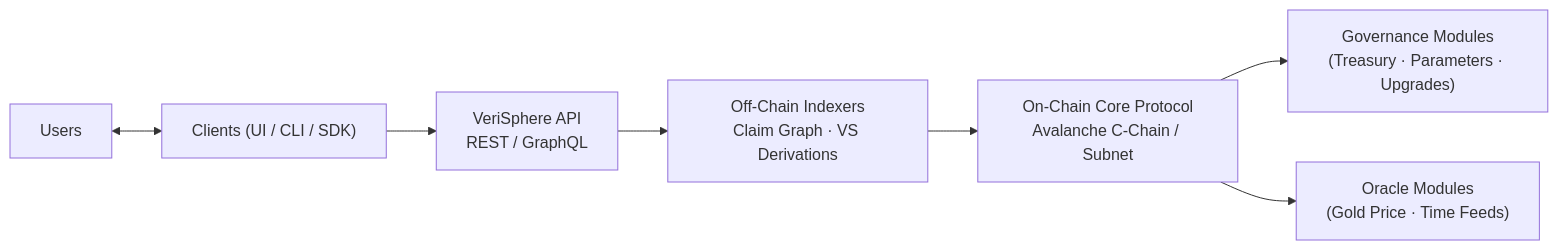
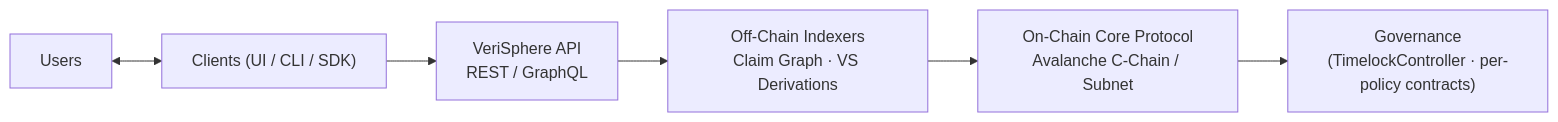
Before and after one commit to VeriSphereVSP/docs: the diagram in architecture.md, drawn with Mermaid. The commit also changed other lines of this file and 5 other files, not shown here.

````diff
--- a/architecture.md
+++ b/architecture.md
@@ -42,10 +42,9 @@
 ```mermaid
 flowchart LR
     U[Users]
     U <--> C["Clients (UI / CLI / SDK)"]
     C --> API["VeriSphere API<br/>REST / GraphQL"]
     API --> IX["Off-Chain Indexers<br/>Claim Graph · VS Derivations"]
     IX --> CH["On-Chain Core Protocol<br/>Avalanche C-Chain / Subnet"]
-    CH --> GOV["Governance Modules<br/>(Treasury · Parameters · Upgrades)"]
-    CH --> OR["Oracle Modules<br/>(Gold Price · Time Feeds)"]
+    CH --> GOV["Governance<br/>(TimelockController · per-policy contracts)"]
 ```
````
